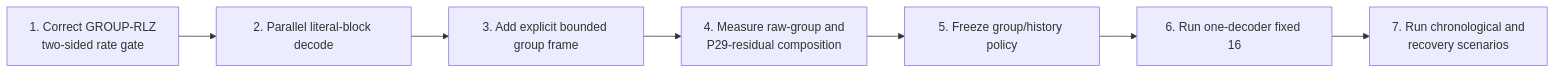
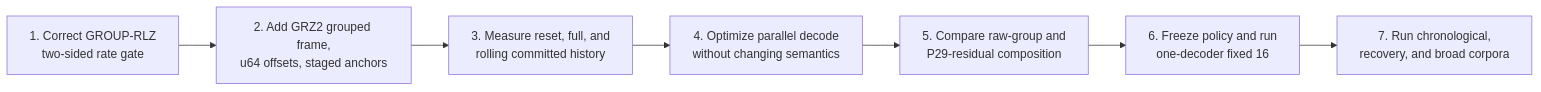
One commit to mickg10/icecream changed diagram 13 of 13 in linecache/COMPRESSION-PIPELINE-REFERENCE.md. Above: the diagram before and after it, drawn with Mermaid. The commit also changed other lines of this file, not shown here.

Commit message:
linecache: reconcile grouped codec P0 ruling

````diff
--- a/linecache/COMPRESSION-PIPELINE-REFERENCE.md
+++ b/linecache/COMPRESSION-PIPELINE-REFERENCE.md
@@ -599,12 +631,12 @@
 ```mermaid
 flowchart LR
     R1[1. Correct GROUP-RLZ<br/>two-sided rate gate]
-    R2[2. Parallel literal-block decode]
-    R3[3. Add explicit bounded group frame]
-    R4[4. Measure raw-group and<br/>P29-residual composition]
-    R5[5. Freeze group/history policy]
-    R6[6. Run one-decoder fixed 16]
-    R7[7. Run chronological and<br/>recovery scenarios]
+    R2[2. Add GRZ2 grouped frame,<br/>u64 offsets, staged anchors]
+    R3[3. Measure reset, full, and<br/>rolling committed history]
+    R4[4. Optimize parallel decode<br/>without changing semantics]
+    R5[5. Compare raw-group and<br/>P29-residual composition]
+    R6[6. Freeze policy and run<br/>one-decoder fixed 16]
+    R7[7. Run chronological,<br/>recovery, and broad corpora]
 
     R1 --> R2 --> R3 --> R4 --> R5 --> R6 --> R7
 ```
````
